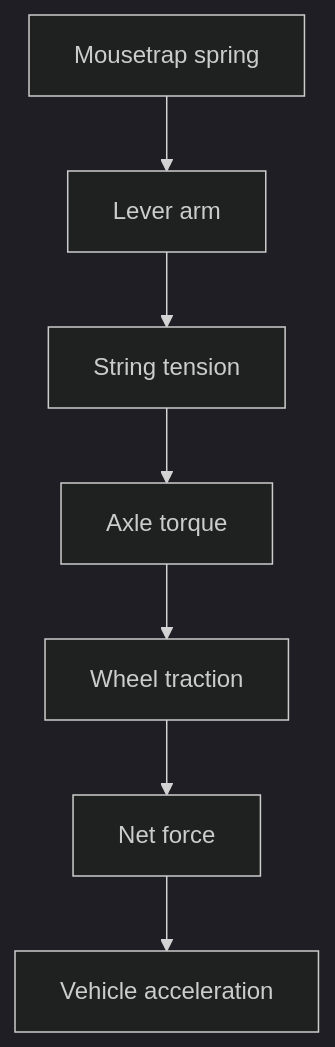
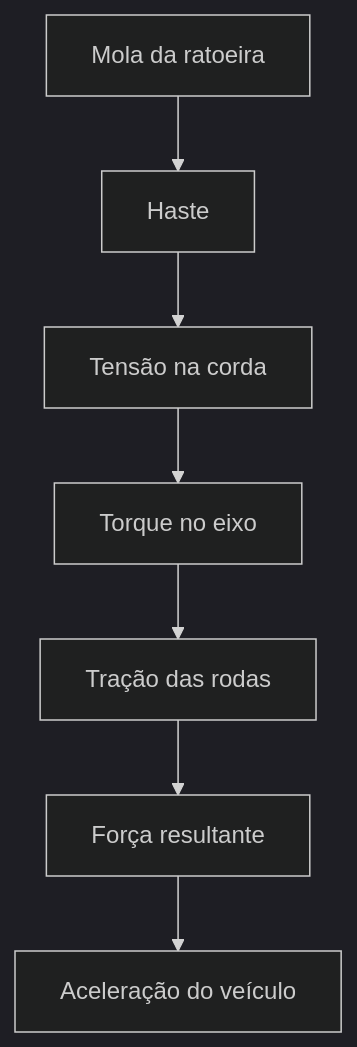
One commit to bezolemos/TrapMotion changed the diagram in README.md. Above: the diagram before and after it, drawn with Mermaid (dark theme). The commit also changed other lines of this file, not shown here.

````diff
--- a/README.md
+++ b/README.md
@@ -185,9 +185,9 @@
 ```mermaid
 flowchart TD
-    A[Mousetrap spring] --> B[Lever arm]
-    B --> C[String tension]
-    C --> D[Axle torque]
-    D --> E[Wheel traction]
-    E --> F[Net force]
-    F --> G[Vehicle acceleration]
+    A[Mola da ratoeira] --> B[Haste]
+    B --> C[Tensão na corda]
+    C --> D[Torque no eixo]
+    D --> E[Tração das rodas]
+    E --> F[Força resultante]
+    F --> G[Aceleração do veículo]
 ```
````
